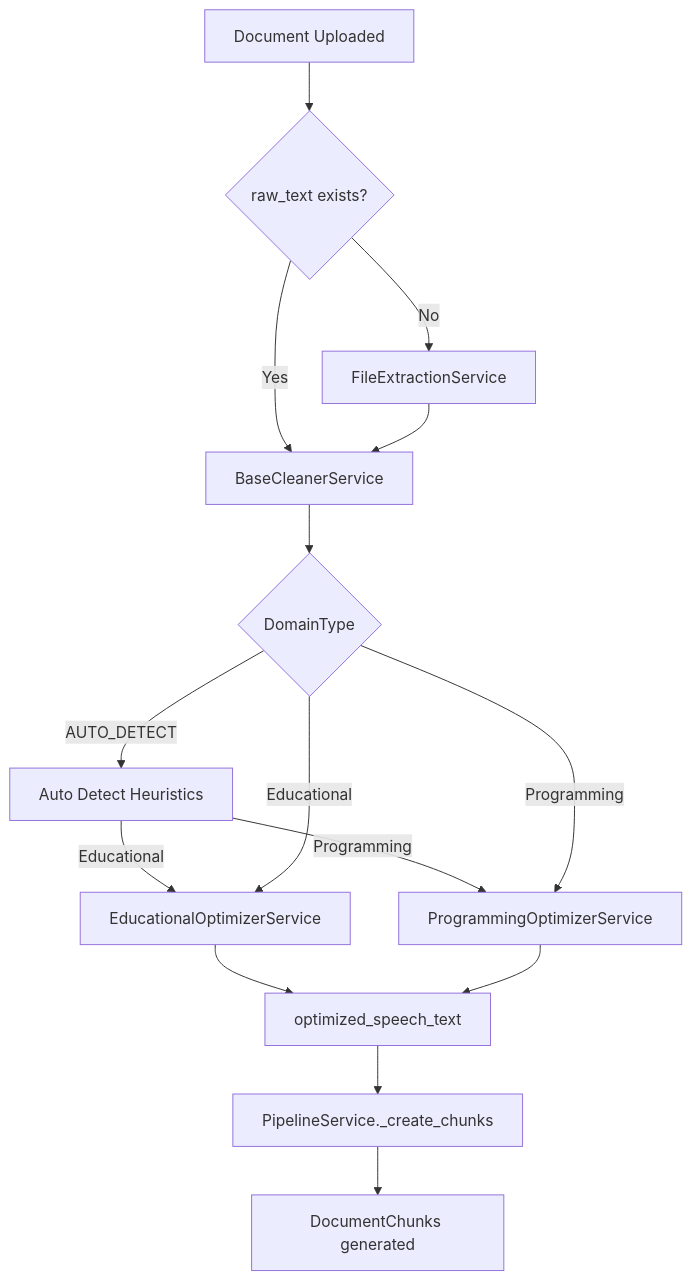
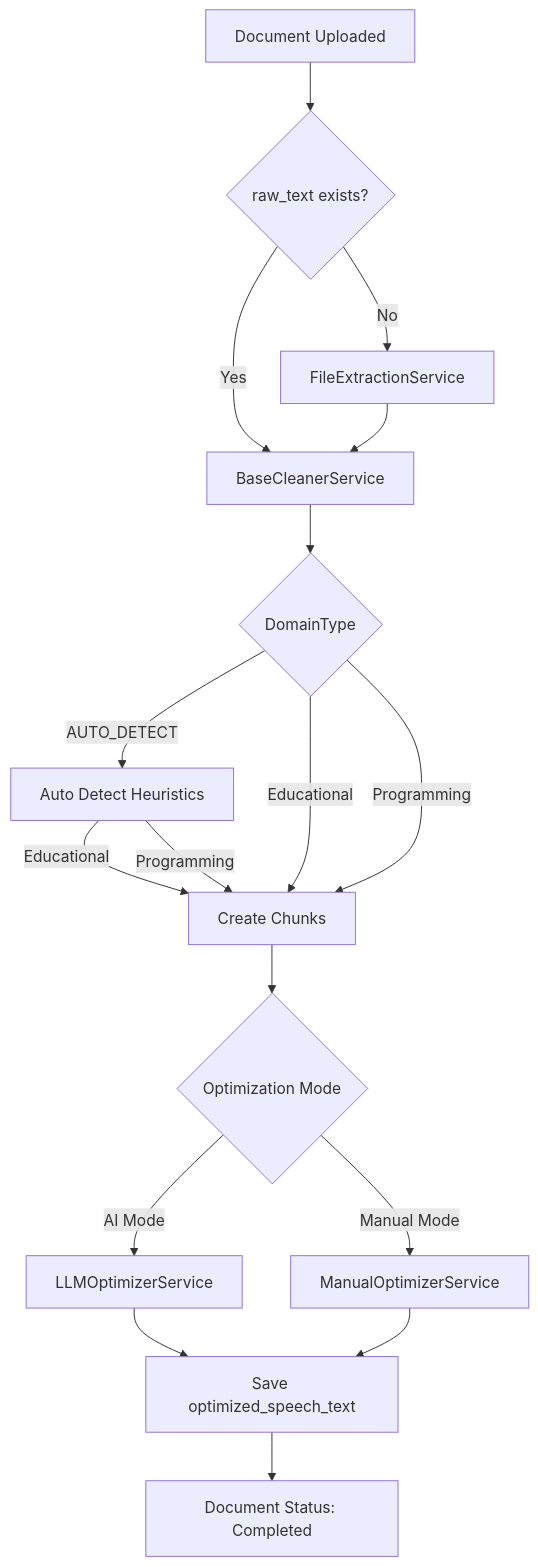
Before and after one commit to officialksolomon/opt-reeda: the diagram in docs/app/documents_prd.rst, drawn with Mermaid. The commit also changed other lines of this file and 49 other files, not shown here.

Commit message:
feat: implement document optimization modes, pricing module, and site configuration

```diff
--- a/docs/app/documents_prd.rst
+++ b/docs/app/documents_prd.rst
@@ -21,17 +22,19 @@
 .. mermaid::
 
     flowchart TD
         A[Document Uploaded] --> B{raw_text exists?}
         B -- No --> C[FileExtractionService]
         B -- Yes --> D[BaseCleanerService]
         C --> D
         D --> E{DomainType}
         E -- AUTO_DETECT --> F[Auto Detect Heuristics]
-        F -- Educational --> G[EducationalOptimizerService]
-        F -- Programming --> H[ProgrammingOptimizerService]
-        E -- Educational --> G
-        E -- Programming --> H
-        G --> I[optimized_speech_text]
+        F -- Educational --> K[Create Chunks]
+        F -- Programming --> K[Create Chunks]
+        E -- Educational --> K
+        E -- Programming --> K
+        K --> L{Optimization Mode}
+        L -- AI Mode --> G[LLMOptimizerService]
+        L -- Manual Mode --> H[ManualOptimizerService]
+        G --> I[Save optimized_speech_text]
         H --> I
-        I --> J[PipelineService._create_chunks]
-        J --> K[DocumentChunks generated]
+        I --> J[Document Status: Completed]
```
